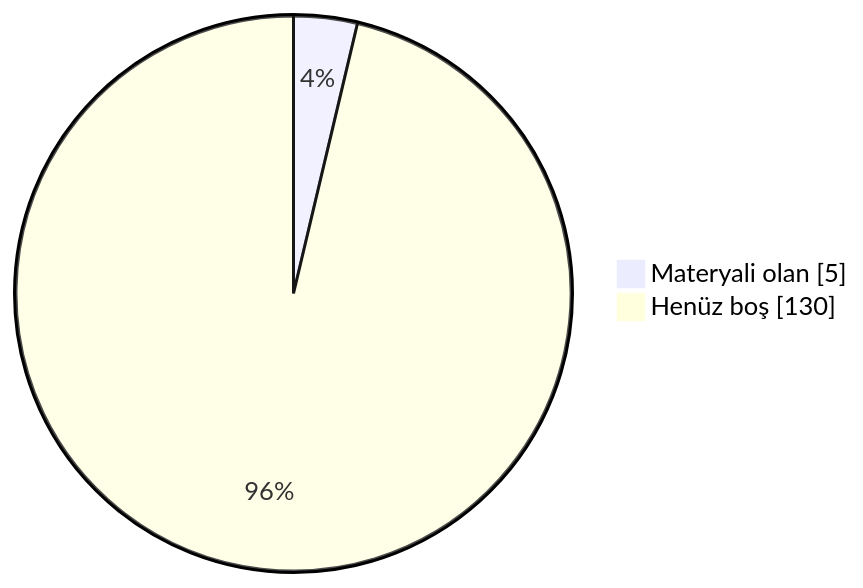
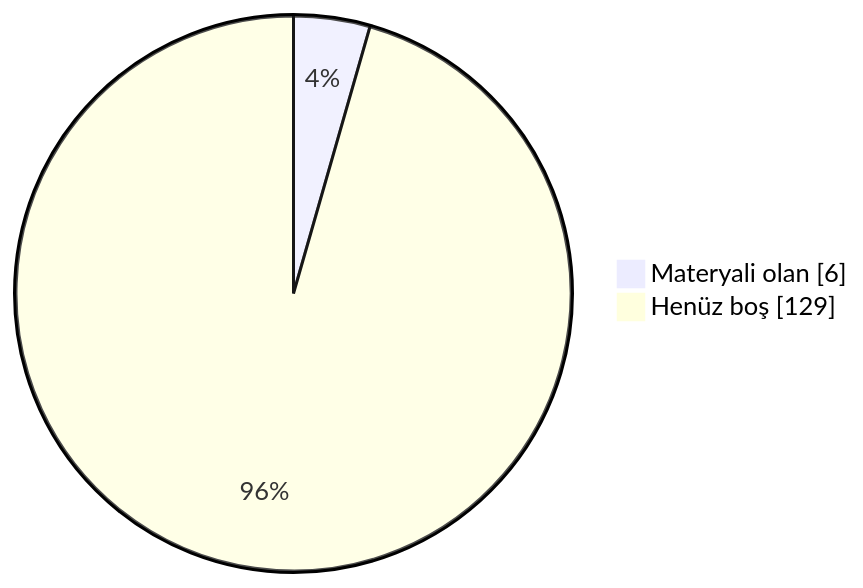
One commit to MarmaraArsiv/tek_makine changed the diagram in README.md. Above: the diagram before and after it, drawn with Mermaid. The commit also changed other lines of this file, not shown here.

````diff
--- a/README.md
+++ b/README.md
@@ -108,5 +108,5 @@
 ```mermaid
 pie showData
-  "Materyali olan" : 5
-  "Henüz boş" : 130
+  "Materyali olan" : 6
+  "Henüz boş" : 129
 ```
````
